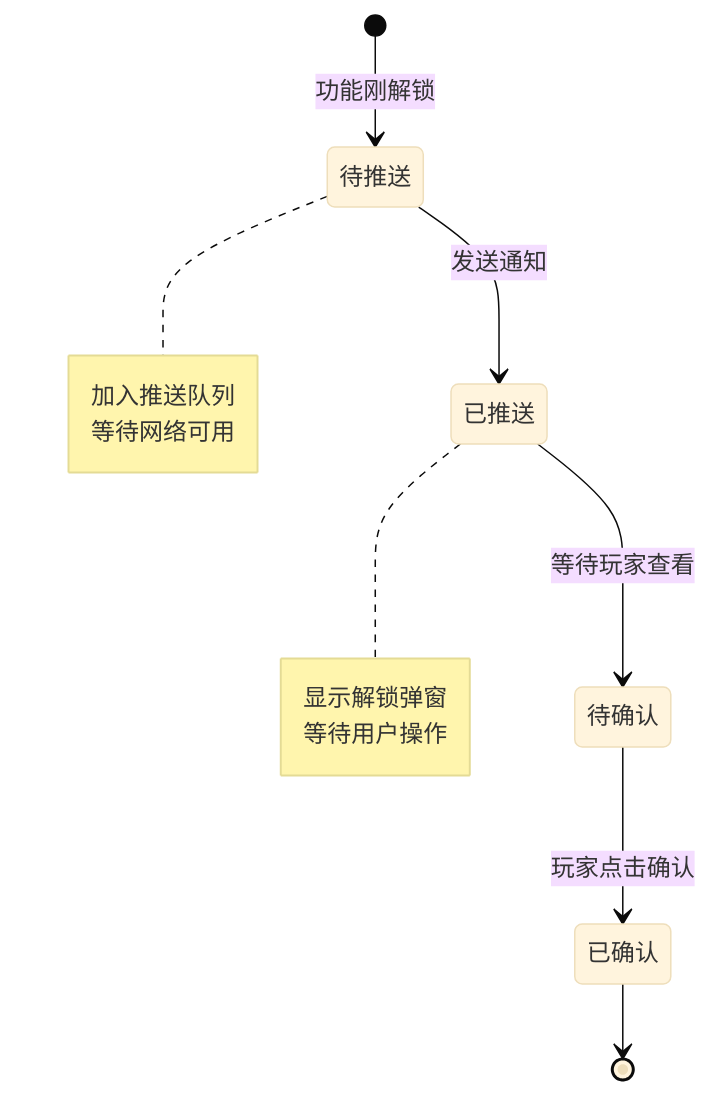
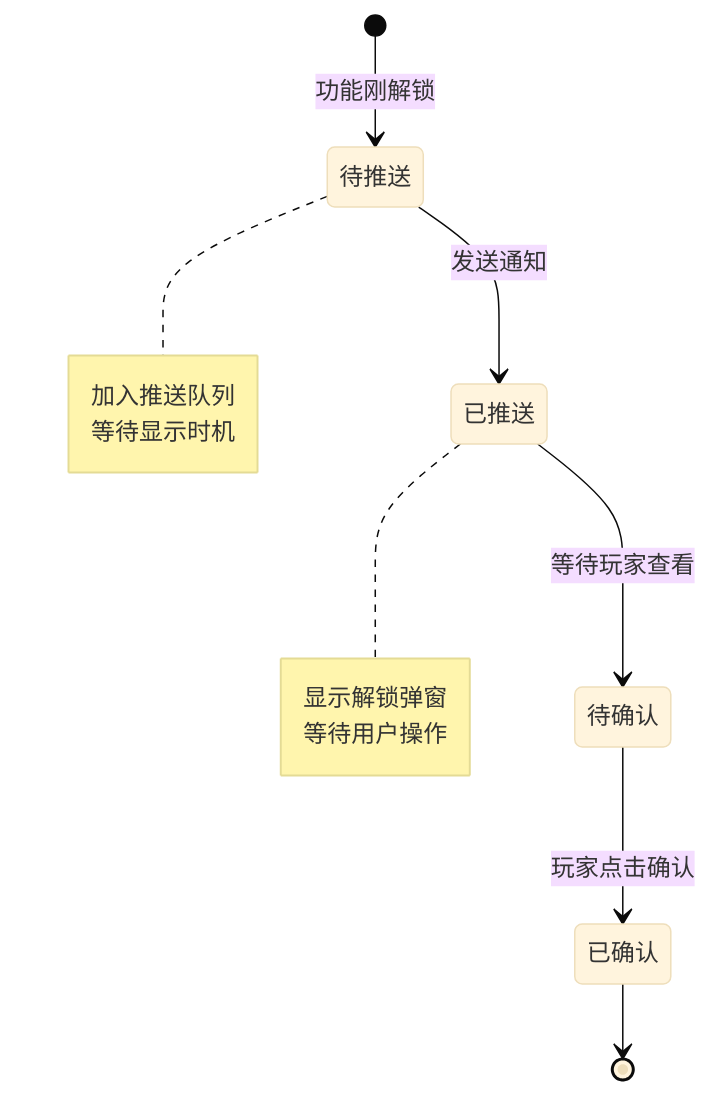
The third of 5 diagrams in docs/Module_FuncUnlock/06_实现细节.md (Alan-Ben/k2c_game_framework), drawn with Mermaid (base theme) before and after one commit. The commit also changed other lines of this file and 10 other files, not shown here.

````diff
--- a/docs/Module_FuncUnlock/06_实现细节.md
+++ b/docs/Module_FuncUnlock/06_实现细节.md
@@ -110,18 +125,18 @@
 ```mermaid
 stateDiagram-v2
     [*] --> 待推送: 功能刚解锁
     待推送 --> 已推送: 发送通知
     已推送 --> 待确认: 等待玩家查看
     待确认 --> 已确认: 玩家点击确认
     已确认 --> [*]
 
     note right of 待推送
         加入推送队列
-        等待网络可用
+        等待显示时机
     end note
 
     note right of 已推送
         显示解锁弹窗
         等待用户操作
     end note
 ```
````
